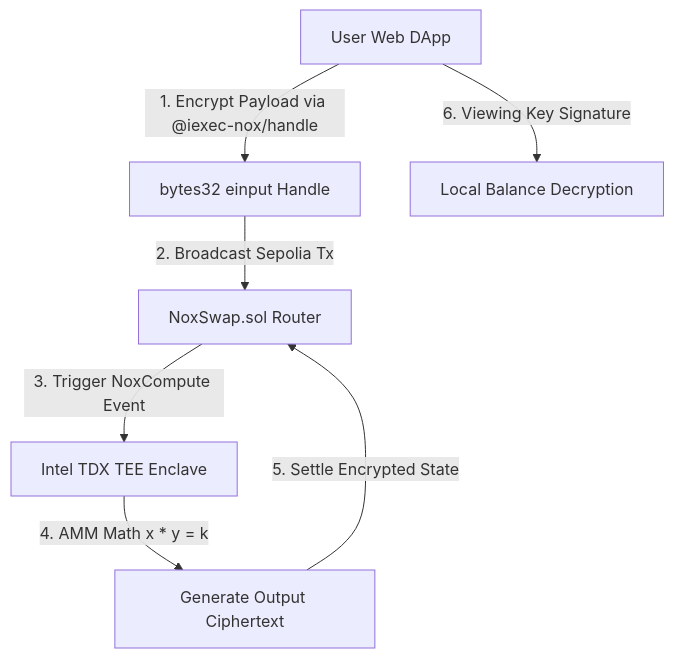
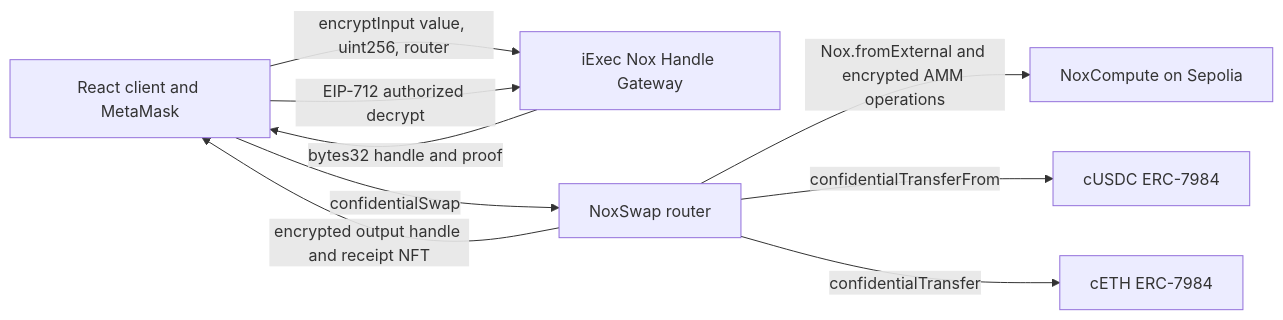
The diagram in README.md (minhleeee123/iExec-WTF-Hackathon-Summer-Edition), drawn with Mermaid before and after one commit. The commit also changed other lines of this file and 30 other files, not shown here.

Commit message:
feat: replace mock flows with live Nox integration

````diff
--- a/README.md
+++ b/README.md
@@ -35,9 +26,18 @@
 ```mermaid
-graph TD
-    A[User Web DApp] -->|1. Encrypt Payload via @iexec-nox/handle| B[bytes32 einput Handle]
-    B -->|2. Broadcast Sepolia Tx| C[NoxSwap.sol Router]
-    C -->|3. Trigger NoxCompute Event| D[Intel TDX TEE Enclave]
-    D -->|4. AMM Math x * y = k| E[Generate Output Ciphertext]
-    E -->|5. Settle Encrypted State| C
-    A -->|6. Viewing Key Signature| F[Local Balance Decryption]
+flowchart LR
+    Browser[React client and MetaMask]
+    Gateway[iExec Nox Handle Gateway]
+    Router[NoxSwap router]
+    Compute[NoxCompute on Sepolia]
+    InToken[cUSDC ERC-7984]
+    OutToken[cETH ERC-7984]
+
+    Browser -->|encryptInput value, uint256, router| Gateway
+    Gateway -->|bytes32 handle and proof| Browser
+    Browser -->|confidentialSwap| Router
+    Router -->|Nox.fromExternal and encrypted AMM operations| Compute
+    Router -->|confidentialTransferFrom| InToken
+    Router -->|confidentialTransfer| OutToken
+    Router -->|encrypted output handle and receipt NFT| Browser
+    Browser -->|EIP-712 authorized decrypt| Gateway
 ```
````
